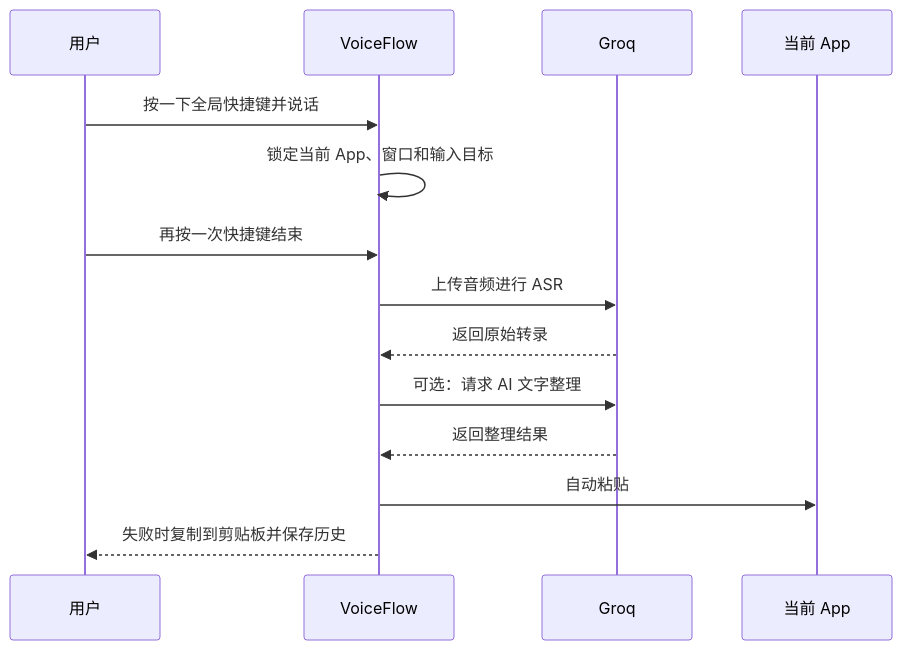
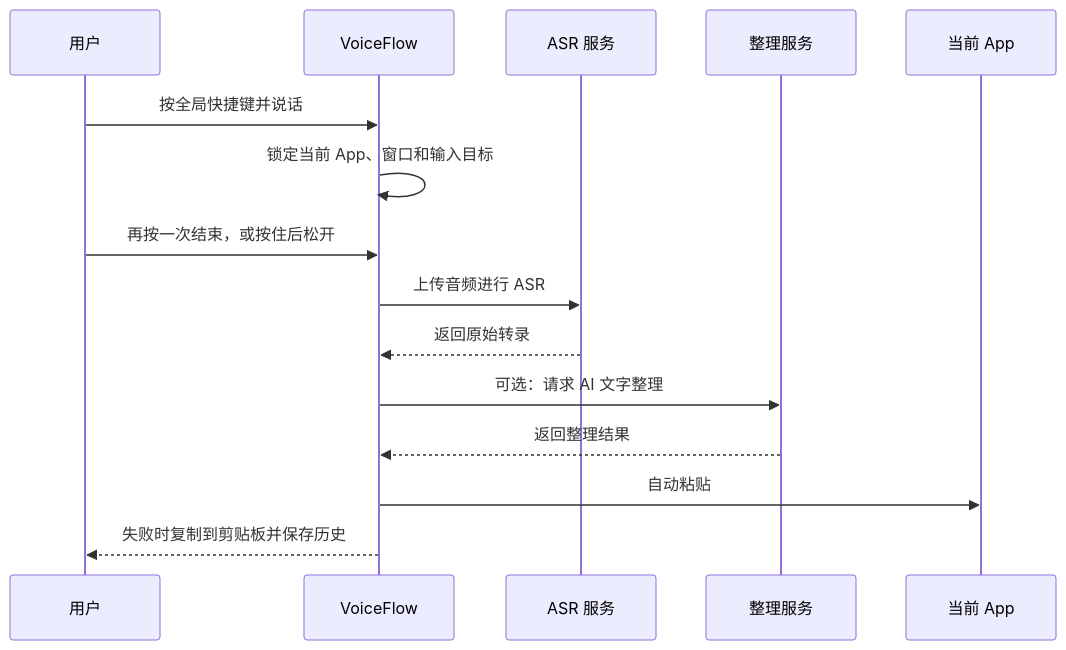
Before and after one commit to wangm12/voice-flow: the second of 2 diagrams in README.md, drawn with Mermaid. The commit also changed other lines of this file and 36 other files, not shown here.

````diff
--- a/README.md
+++ b/README.md
@@ -60,17 +63,18 @@
 ```mermaid
 sequenceDiagram
     participant U as 用户
     participant V as VoiceFlow
-    participant G as Groq
+    participant S as ASR 服务
+    participant L as 整理服务
     participant A as 当前 App
 
-    U->>V: 按一下全局快捷键并说话
+    U->>V: 按全局快捷键并说话
     V->>V: 锁定当前 App、窗口和输入目标
-    U->>V: 再按一次快捷键结束
-    V->>G: 上传音频进行 ASR
-    G-->>V: 返回原始转录
-    V->>G: 可选：请求 AI 文字整理
-    G-->>V: 返回整理结果
+    U->>V: 再按一次结束，或按住后松开
+    V->>S: 上传音频进行 ASR
+    S-->>V: 返回原始转录
+    V->>L: 可选：请求 AI 文字整理
+    L-->>V: 返回整理结果
     V->>A: 自动粘贴
     V-->>U: 失败时复制到剪贴板并保存历史
 ```
````
